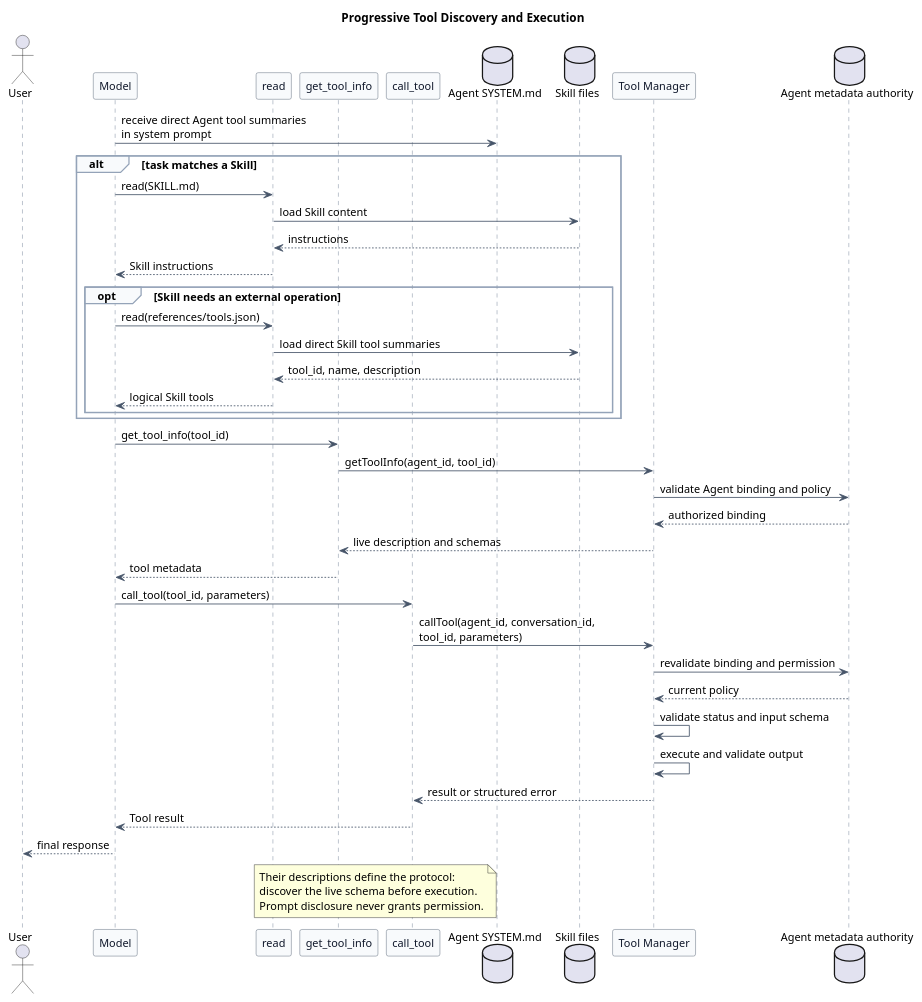
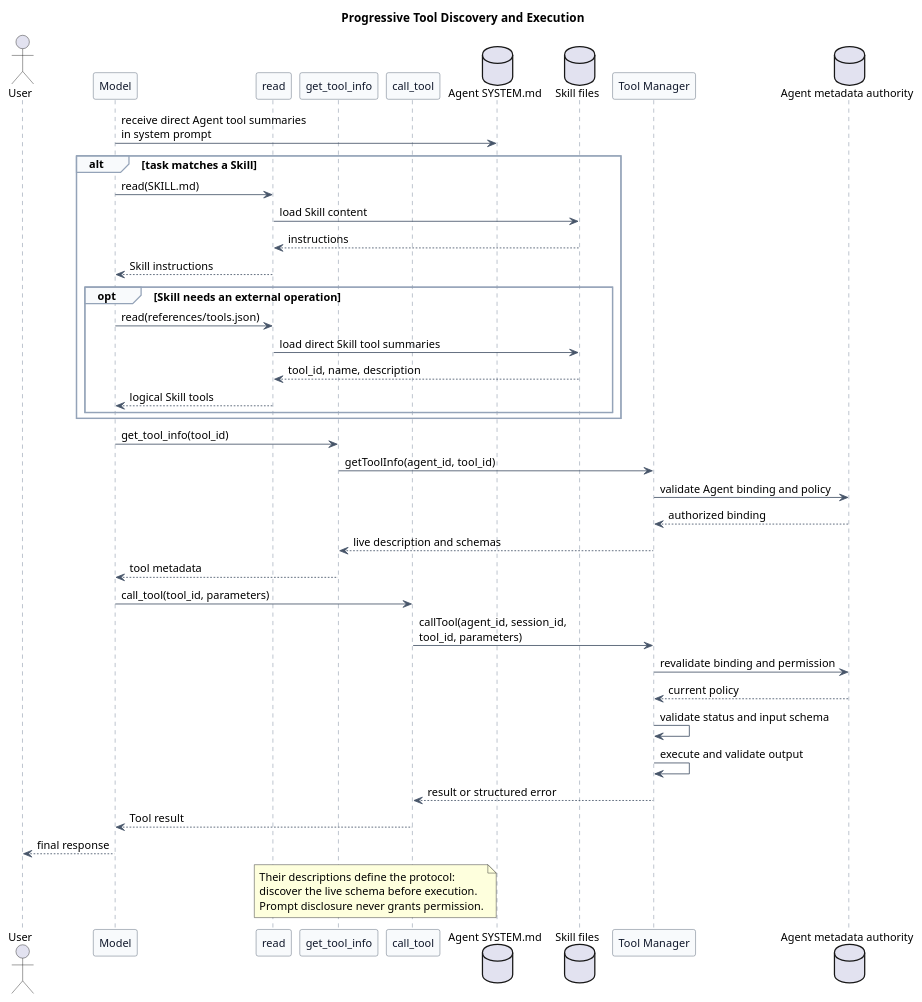
Before and after one commit to superheromeZzh/pi-mono-java-design: the third of 6 diagrams in pi-mono-java-manager-driven-multi-agent-runtime/diagram.puml, drawn with PlantUML. The commit also changed other lines of this file and 14 other files, not shown here.

Commit message:
docs(agent): clarify runtime session identity

```diff
--- a/pi-mono-java-manager-driven-multi-agent-runtime/diagram.puml
+++ b/pi-mono-java-manager-driven-multi-agent-runtime/diagram.puml
@@ -178,77 +179,77 @@
 @startuml progressive_tool_discovery_execution
 title Progressive Tool Discovery and Execution
 
 ' Source evidence:
 ' pi-mono packages/coding-agent/src/core/skills.ts: formatSkillsForPrompt
 ' pi-mono-java modules/coding-agent-cli/src/main/java/com/campusclaw/codingagent/skill/SkillPromptFormatter.java: format
 ' pi-mono-java modules/agent-core/src/main/java/com/campusclaw/agent/tool/AgentTool.java: AgentTool
 ' pi-mono-java modules/agent-core/src/main/java/com/campusclaw/agent/loop/AgentLoop.java: toLlmTools
 ' Observed behavior: Java sends every registered AgentTool name, description and schema to the model.
 ' Architecture change: business tools are disclosed as logical ids and executed by two generic tools.
 ' Design reason: Tool Manager owns live schema, authorization and execution without dynamic registration.
 
 skinparam backgroundColor #FFFFFF
 skinparam shadowing false
 skinparam defaultFontName Arial
 skinparam defaultFontSize 13
 skinparam participant {
   BackgroundColor #F8FAFC
   BorderColor #475569
   FontColor #0F172A
 }
 skinparam ArrowColor #475569
 skinparam sequence {
   LifeLineBorderColor #64748B
   LifeLineBackgroundColor #F8FAFC
   GroupBorderColor #94A3B8
   GroupBackgroundColor #F8FAFC
 }
 
 actor User
 participant Model
 participant "read" as Read
 participant "get_tool_info" as GetInfo
 participant "call_tool" as CallTool
 database "Agent SYSTEM.md" as AgentSystem
 database "Skill files" as SkillFiles
 participant "Tool Manager" as ToolManager
 database "Agent metadata authority" as AgentAuthority
 
 Model -> AgentSystem : receive direct Agent tool summaries\nin system prompt
 
 alt task matches a Skill
   Model -> Read : read(SKILL.md)
   Read -> SkillFiles : load Skill content
   SkillFiles --> Read : instructions
   Read --> Model : Skill instructions
   opt Skill needs an external operation
     Model -> Read : read(references/tools.json)
     Read -> SkillFiles : load direct Skill tool summaries
     SkillFiles --> Read : tool_id, name, description
     Read --> Model : logical Skill tools
   end
 end
 
 Model -> GetInfo : get_tool_info(tool_id)
 GetInfo -> ToolManager : getToolInfo(agent_id, tool_id)
 ToolManager -> AgentAuthority : validate Agent binding and policy
 AgentAuthority --> ToolManager : authorized binding
 ToolManager --> GetInfo : live description and schemas
 GetInfo --> Model : tool metadata
 
 Model -> CallTool : call_tool(tool_id, parameters)
-CallTool -> ToolManager : callTool(agent_id, conversation_id,\ntool_id, parameters)
+CallTool -> ToolManager : callTool(agent_id, session_id,\ntool_id, parameters)
 ToolManager -> AgentAuthority : revalidate binding and permission
 AgentAuthority --> ToolManager : current policy
 ToolManager -> ToolManager : validate status and input schema
 ToolManager -> ToolManager : execute and validate output
 ToolManager --> CallTool : result or structured error
 CallTool --> Model : Tool result
 Model --> User : final response
 
 note over GetInfo,CallTool
 Their descriptions define the protocol:
 discover the live schema before execution.
 Prompt disclosure never grants permission.
 end note
 @enduml
```
